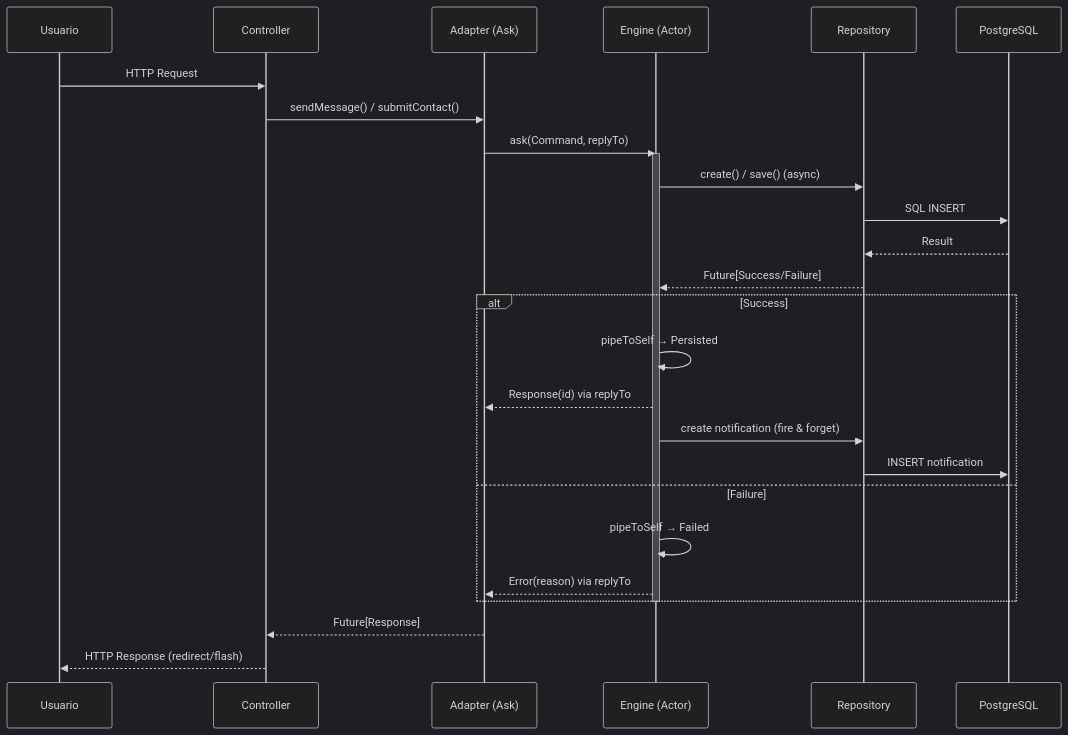
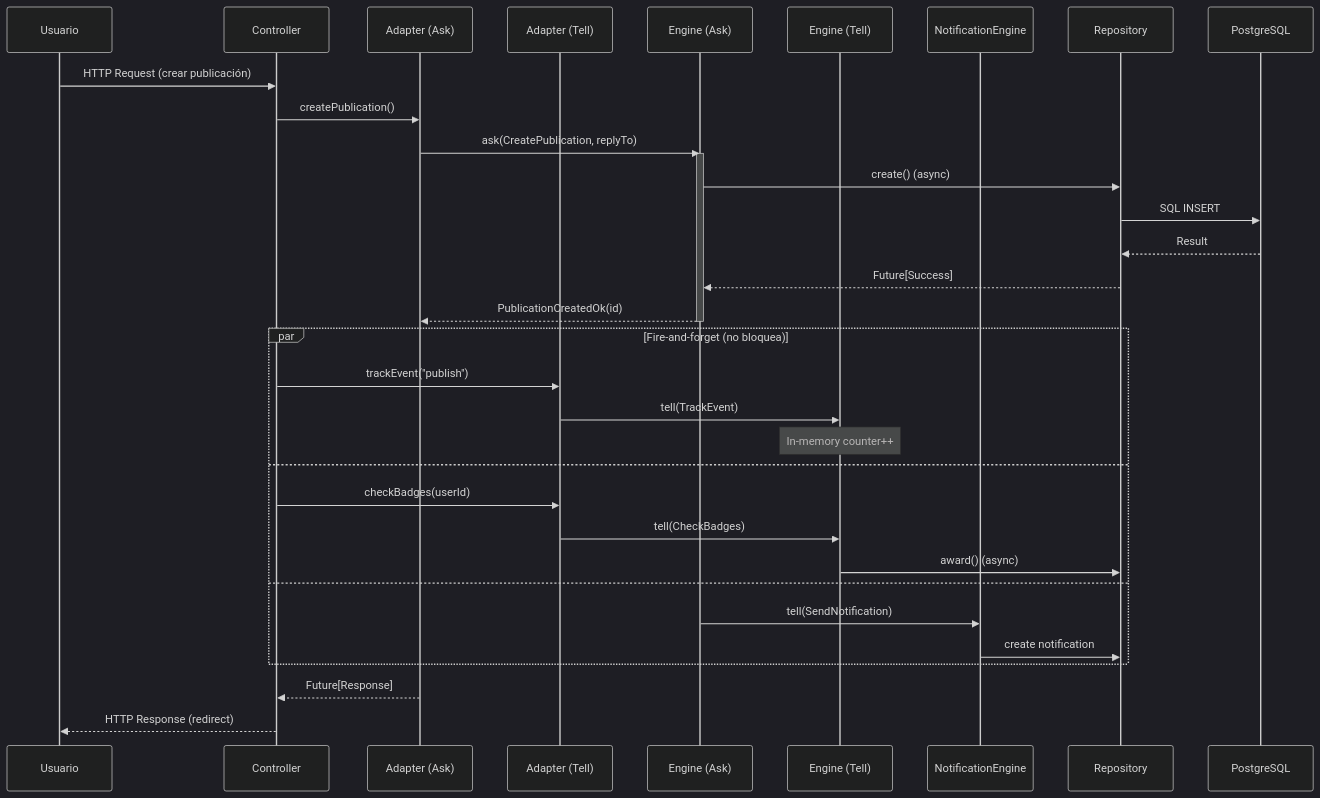
One commit to federicopfund/Reactive-Manifesto changed the third of 3 diagrams in README.md. Above: the diagram before and after it, drawn with Mermaid (dark theme). The commit also changed other lines of this file, not shown here.

````diff
--- a/README.md
+++ b/README.md
@@ -143,32 +193,39 @@
 ```mermaid
 sequenceDiagram
     participant U as Usuario
     participant C as Controller
-    participant A as Adapter (Ask)
-    participant E as Engine (Actor)
+    participant A1 as Adapter (Ask)
+    participant A2 as Adapter (Tell)
+    participant E1 as Engine (Ask)
+    participant E2 as Engine (Tell)
+    participant NE as NotificationEngine
     participant R as Repository
     participant DB as PostgreSQL
 
-    U->>C: HTTP Request
-    C->>A: sendMessage() / submitContact()
-    A->>E: ask(Command, replyTo)
-    activate E
-    E->>R: create() / save() (async)
+    U->>C: HTTP Request (crear publicación)
+    C->>A1: createPublication()
+    A1->>E1: ask(CreatePublication, replyTo)
+    activate E1
+    E1->>R: create() (async)
     R->>DB: SQL INSERT
     DB-->>R: Result
-    R-->>E: Future[Success/Failure]
+    R-->>E1: Future[Success]
+    E1-->>A1: PublicationCreatedOk(id)
+    deactivate E1
 
-    alt Success
-        E->>E: pipeToSelf → Persisted
-        E-->>A: Response(id) via replyTo
-        E->>R: create notification (fire & forget)
-        R->>DB: INSERT notification
-    else Failure
-        E->>E: pipeToSelf → Failed
-        E-->>A: Error(reason) via replyTo
+    par Fire-and-forget (no bloquea)
+        C->>A2: trackEvent("publish")
+        A2->>E2: tell(TrackEvent)
+        Note over E2: In-memory counter++
+    and
+        C->>A2: checkBadges(userId)
+        A2->>E2: tell(CheckBadges)
+        E2->>R: award() (async)
+    and
+        E1->>NE: tell(SendNotification)
+        NE->>R: create notification
     end
-    deactivate E
 
-    A-->>C: Future[Response]
-    C-->>U: HTTP Response (redirect/flash)
+    A1-->>C: Future[Response]
+    C-->>U: HTTP Response (redirect)
 ```
````
